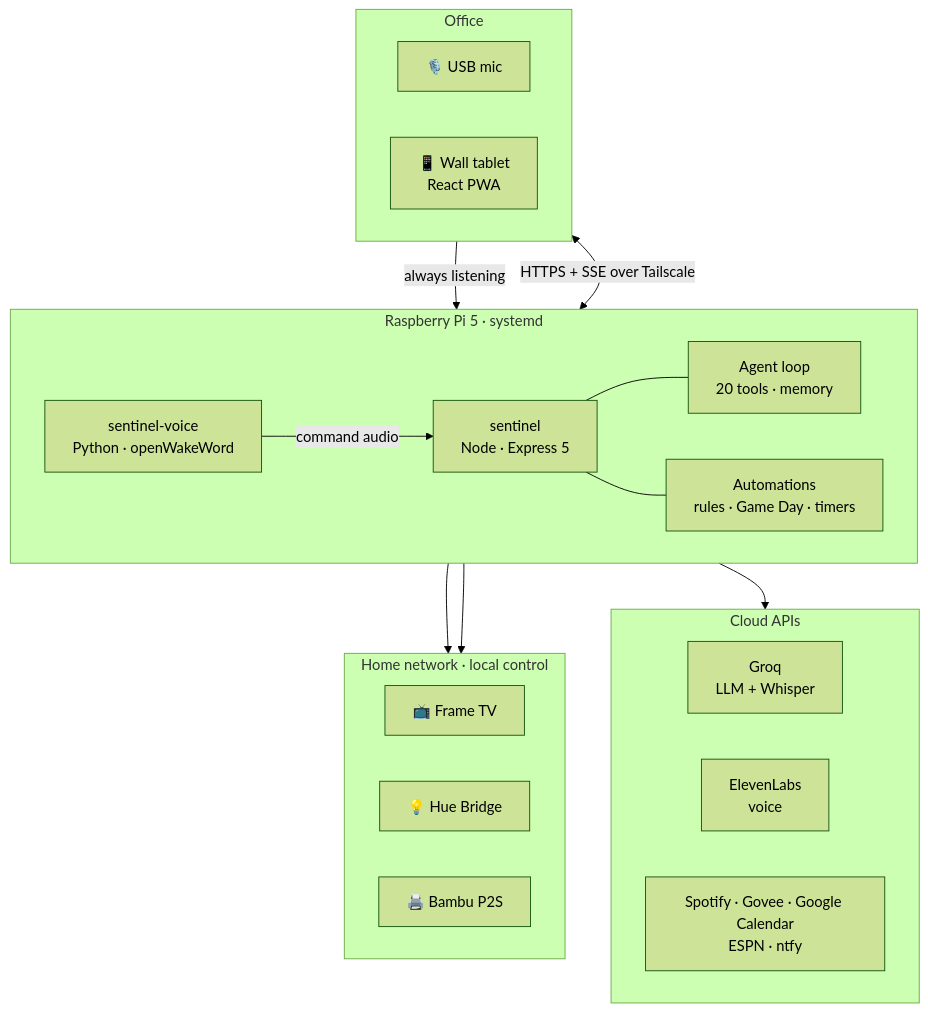
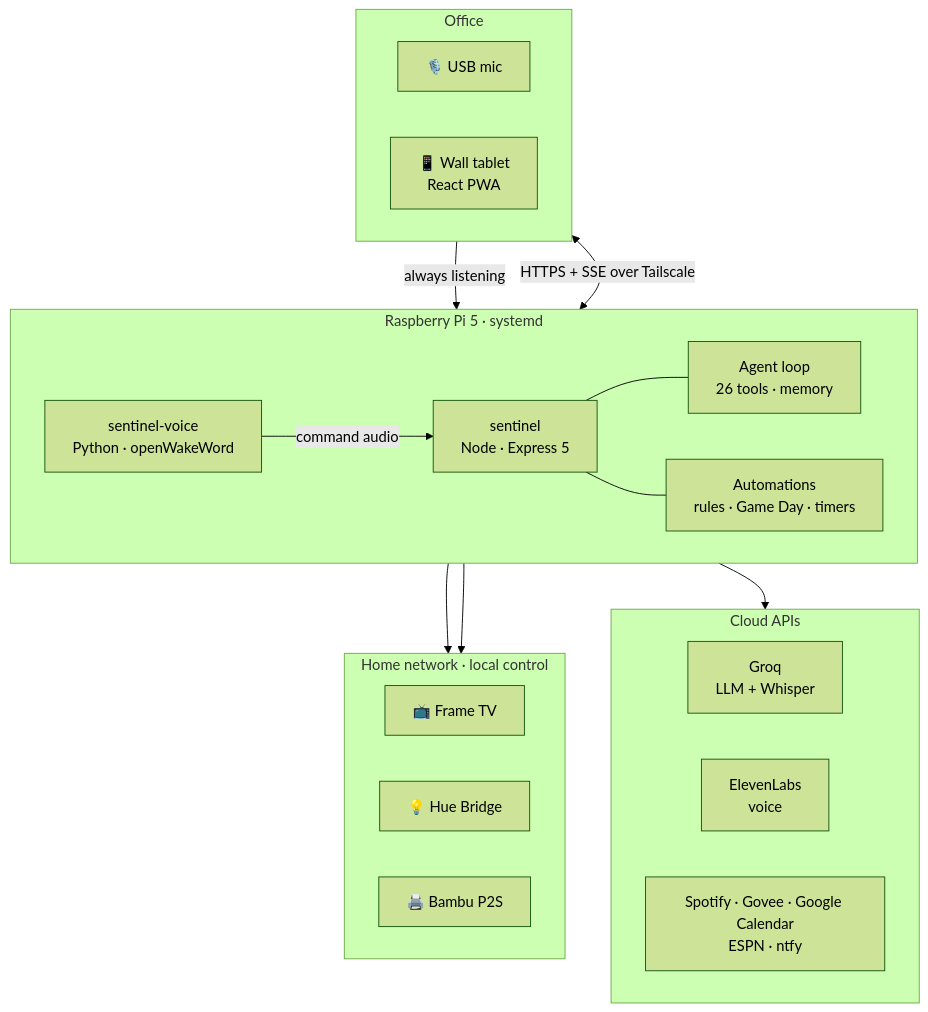
The diagram in README.md (JCUN23/J.O.S.H.), drawn with Mermaid (forest theme) before and after one commit. The commit also changed other lines of this file, not shown here.

First line of the commit message:
docs(readme): web answers, memory, calendar writes, follow-ups, game and weather alerts

````diff
--- a/README.md
+++ b/README.md
@@ -78,39 +82,39 @@
 ```mermaid
 flowchart TB
     subgraph Office["Office"]
         direction LR
         Mic["🎙️ USB mic"]
         Tab["📱 Wall tablet<br/>React PWA"]
     end
 
     subgraph Pi["Raspberry Pi 5 · systemd"]
         direction LR
         Voice["sentinel-voice<br/>Python · openWakeWord"]
         API["sentinel<br/>Node · Express 5"]
-        Agent["Agent loop<br/>20 tools · memory"]
+        Agent["Agent loop<br/>26 tools · memory"]
         Auto["Automations<br/>rules · Game Day · timers"]
         Voice -->|"command audio"| API
         API --- Agent
         API --- Auto
     end
 
     subgraph LAN["Home network · local control"]
         direction LR
         TV["📺 Frame TV"]
         Hue["💡 Hue Bridge"]
         Printer["🖨️ Bambu P2S"]
     end
 
     subgraph Cloud["Cloud APIs"]
         direction LR
         LLM["Groq<br/>LLM + Whisper"]
         TTS["ElevenLabs<br/>voice"]
         Svc["Spotify · Govee · Google Calendar<br/>ESPN · ntfy"]
     end
 
     Mic -->|"always listening"| Voice
     Tab <-->|"HTTPS + SSE over Tailscale"| API
     Agent --> LAN
     Agent --> Cloud
     Auto --> LAN
 ```
````
